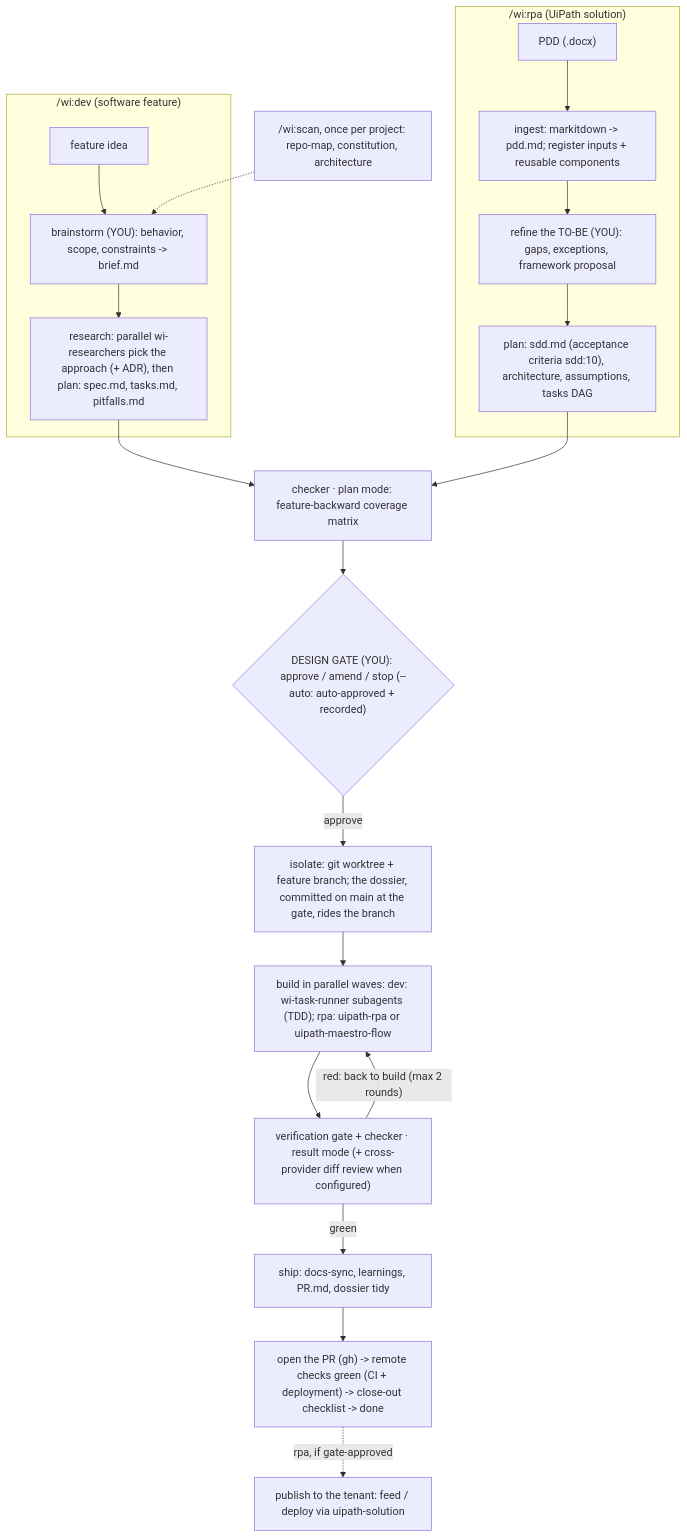
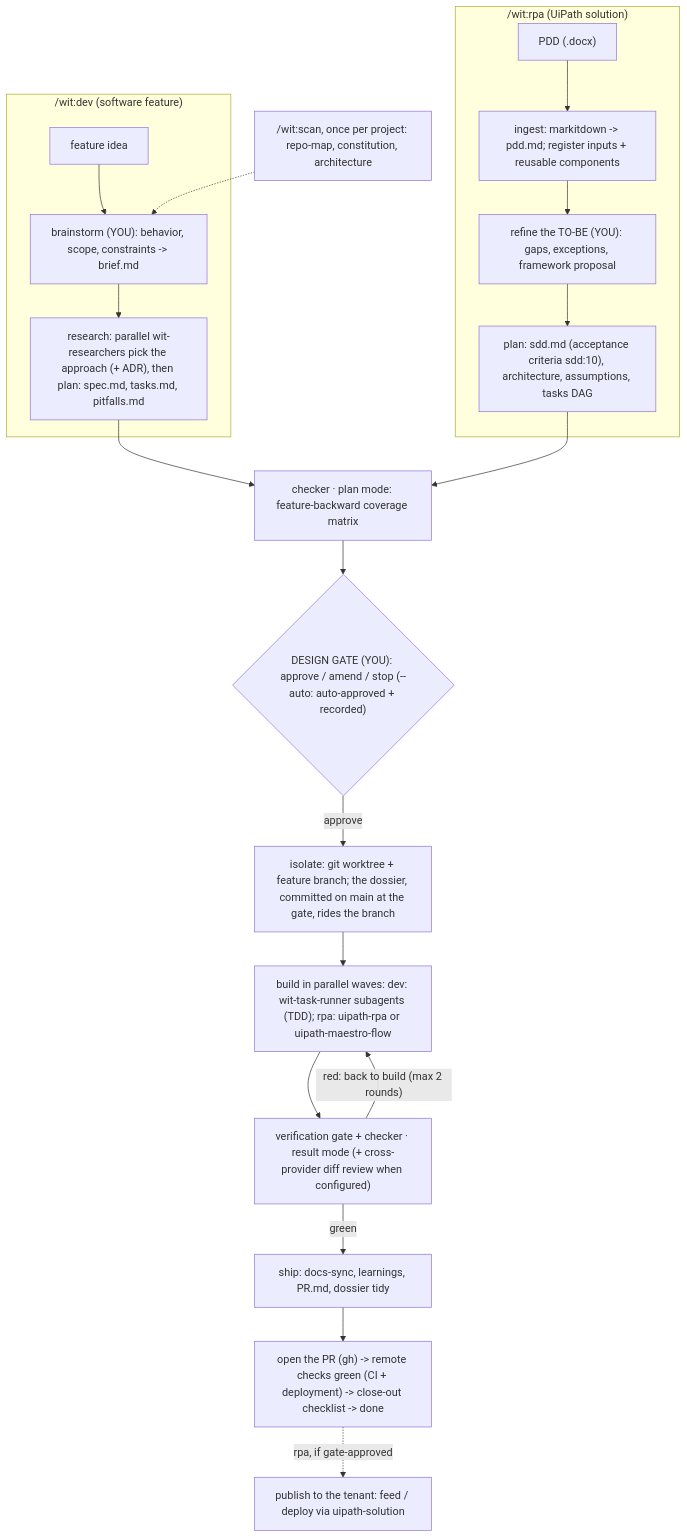
Before and after one commit to Wittenberger-Industries/wi-plugin: the diagram in README.md, drawn with Mermaid. The commit also changed other lines of this file and 71 other files, not shown here.

````diff
--- a/README.md
+++ b/README.md
@@ -92,26 +108,26 @@
 ```mermaid
 flowchart TD
-  subgraph devlane["/wi:dev (software feature)"]
+  subgraph devlane["/wit:dev (software feature)"]
     idea["feature idea"] --> brainstorm["brainstorm (YOU): behavior, scope, constraints -> brief.md"]
-    brainstorm --> planp["research: parallel wi-researchers pick the approach (+ ADR), then plan: spec.md, tasks.md, pitfalls.md"]
+    brainstorm --> planp["research: parallel wit-researchers pick the approach (+ ADR), then plan: spec.md, tasks.md, pitfalls.md"]
   end
 
-  subgraph rpalane["/wi:rpa (UiPath solution)"]
+  subgraph rpalane["/wit:rpa (UiPath solution)"]
     pddin["PDD (.docx)"] --> ingest["ingest: markitdown -> pdd.md; register inputs + reusable components"]
     ingest --> tobe["refine the TO-BE (YOU): gaps, exceptions, framework proposal"]
     tobe --> sddplan["plan: sdd.md (acceptance criteria sdd:10), architecture, assumptions, tasks DAG"]
   end
 
-  scan["/wi:scan, once per project: repo-map, constitution, architecture"] -.-> brainstorm
+  scan["/wit:scan, once per project: repo-map, constitution, architecture"] -.-> brainstorm
 
   planp --> precheck["checker · plan mode: feature-backward coverage matrix"]
   sddplan --> precheck
   precheck --> gate{"DESIGN GATE (YOU): approve / amend / stop (--auto: auto-approved + recorded)"}
   gate -->|approve| isolate["isolate: git worktree + feature branch; the dossier, committed on main at the gate, rides the branch"]
-  isolate --> build["build in parallel waves: dev: wi-task-runner subagents (TDD); rpa: uipath-rpa or uipath-maestro-flow"]
+  isolate --> build["build in parallel waves: dev: wit-task-runner subagents (TDD); rpa: uipath-rpa or uipath-maestro-flow"]
   build --> verify["verification gate + checker · result mode (+ cross-provider diff review when configured)"]
   verify -->|"red: back to build (max 2 rounds)"| build
   verify -->|green| ship["ship: docs-sync, learnings, PR.md, dossier tidy"]
   ship --> pr["open the PR (gh) -> remote checks green (CI + deployment) -> close-out checklist -> done"]
   pr -.->|"rpa, if gate-approved"| publish["publish to the tenant: feed / deploy via uipath-solution"]
 ```
````
